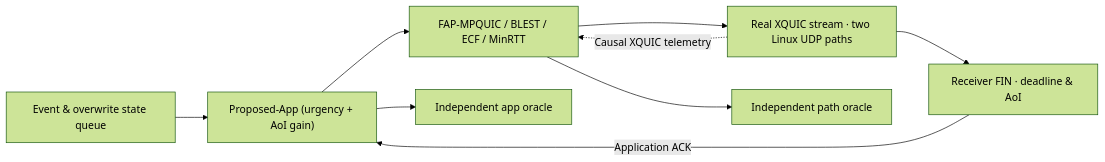
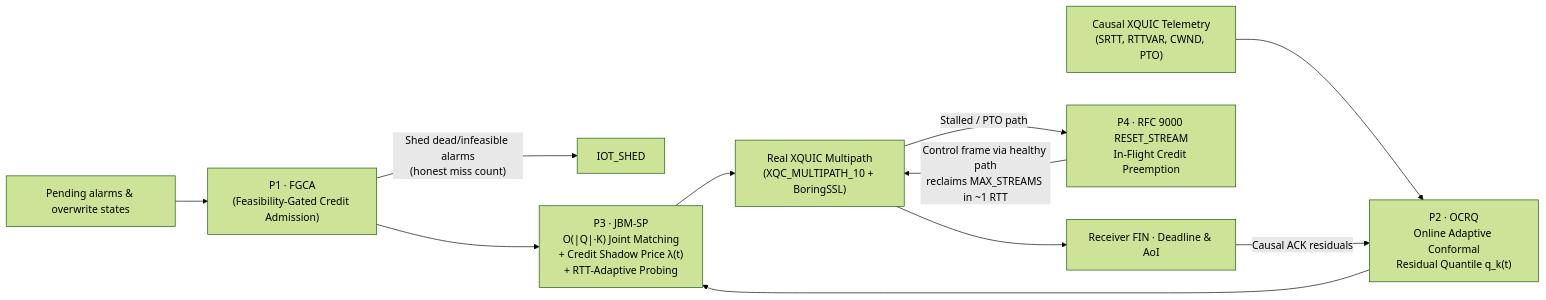
Before and after one commit to Sver0411/IoT-MPQUIC-Scheduler: the diagram in README.md, drawn with Mermaid (forest theme). The commit also changed other lines of this file and 24 other files, not shown here.

Commit message:
feat(acsp-mpquic): add 4-pillar ACSP-MPQUIC scheduler, modern SOTA baselines, and 1,224-run real-XQUIC Stage 11 evaluation

````diff
--- a/README.md
+++ b/README.md
@@ -30,11 +28,13 @@
 ```mermaid
 flowchart LR
-    Q["Event & overwrite state queue"] --> A["Proposed-App (urgency + AoI gain)"]
-    A --> P["FAP-MPQUIC / BLEST / ECF / MinRTT"]
-    P --> S["Real XQUIC stream · two Linux UDP paths"]
-    S --> R["Receiver FIN · deadline & AoI"]
-    R -->|"Application ACK"| A
-    S -.->|"Causal XQUIC telemetry"| P
-    A --> O["Independent app oracle"]
-    P --> O2["Independent path oracle"]
+    Q["Pending alarms & overwrite states"] --> P1["P1 · FGCA\n(Feasibility-Gated Credit Admission)"]
+    P1 -->|"Shed dead/infeasible alarms\n(honest miss count)"| SHED["IOT_SHED"]
+    P1 --> P3["P3 · JBM-SP\nO(|Q|·K) Joint Matching\n+ Credit Shadow Price λ(t)\n+ RTT-Adaptive Probing"]
+    T["Causal XQUIC Telemetry\n(SRTT, RTTVAR, CWND, PTO)"] --> P2["P2 · OCRQ\nOnline Adaptive Conformal\nResidual Quantile q_k(t)"]
+    P2 --> P3
+    P3 --> XQ["Real XQUIC Multipath\n(XQC_MULTIPATH_10 + BoringSSL)"]
+    XQ -->|"Stalled / PTO path"| P4["P4 · RFC 9000 RESET_STREAM\nIn-Flight Credit Preemption"]
+    P4 -->|"Control frame via healthy path\nreclaims MAX_STREAMS in ~1 RTT"| XQ
+    XQ --> RX["Receiver FIN · Deadline & AoI"]
+    RX -->|"Causal ACK residuals"| P2
 ```
````
